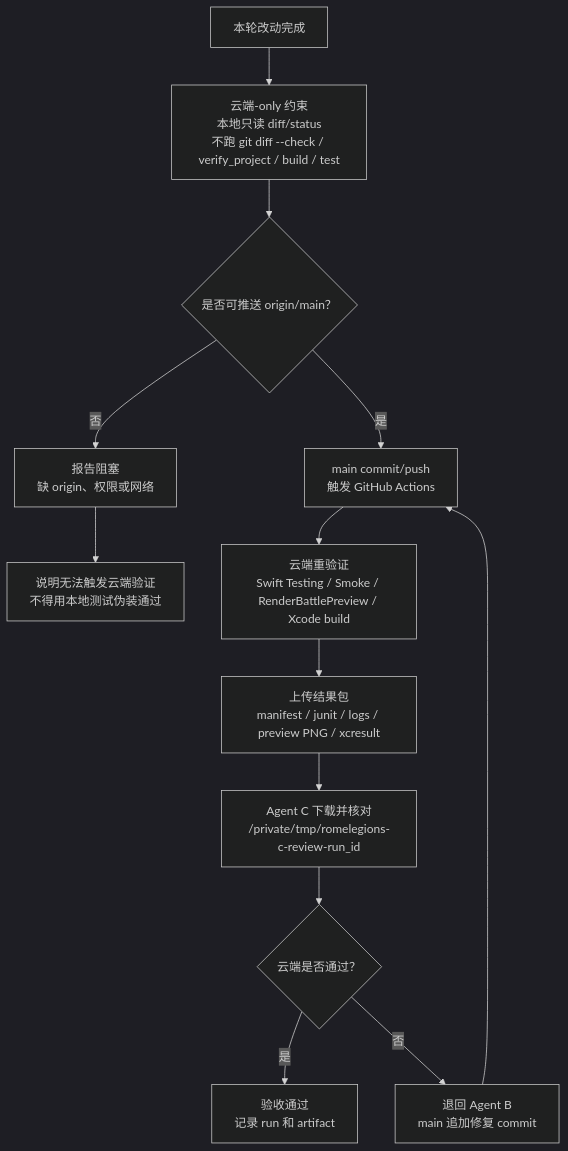
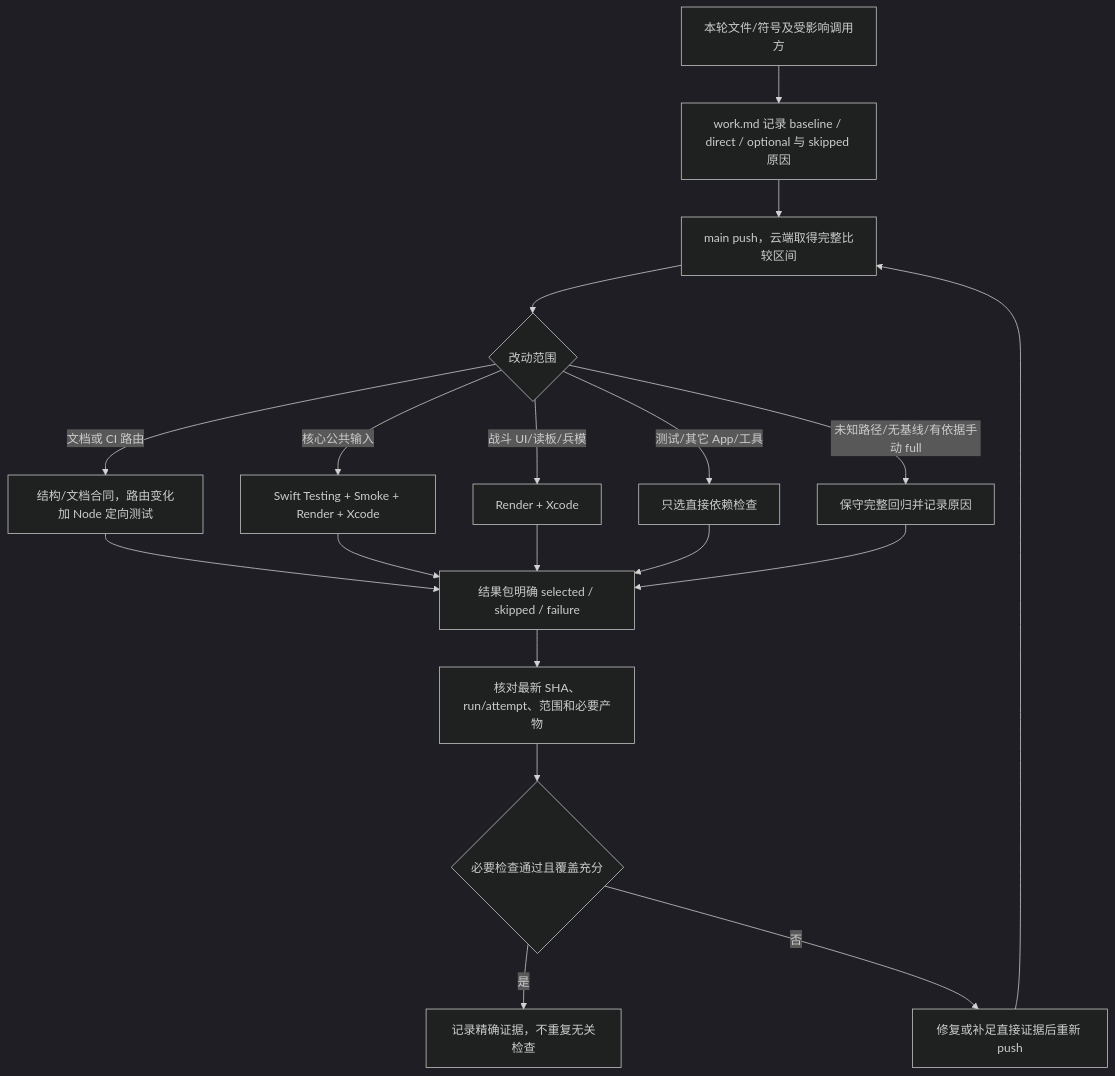
One commit to Altman-sam114/119 changed diagram 18 of 23 in md/flow/flowchart.md. Above: the diagram before and after it, drawn with Mermaid (dark theme). The commit also changed other lines of this file and 11 other files, not shown here.

````diff
--- a/md/flow/flowchart.md
+++ b/md/flow/flowchart.md
@@ -527,15 +525,21 @@
 ```mermaid
 flowchart TD
-    A["本轮改动完成"] --> B["云端-only 约束<br/>本地只读 diff/status<br/>不跑 git diff --check / verify_project / build / test"]
-    B --> F{"是否可推送 origin/main？"}
-    F -->|否| G["报告阻塞<br/>缺 origin、权限或网络"]
-    F -->|是| H["main commit/push<br/>触发 GitHub Actions"]
-    H --> I["云端重验证<br/>Swift Testing / Smoke / RenderBattlePreview / Xcode build"]
-    I --> J["上传结果包<br/>manifest / junit / logs / preview PNG / xcresult"]
-    J --> K["Agent C 下载并核对<br/>/private/tmp/romelegions-c-review-run_id"]
-    K --> L{"云端是否通过？"}
-    L -->|是| M["验收通过<br/>记录 run 和 artifact"]
-    L -->|否| N["退回 Agent B<br/>main 追加修复 commit"]
-    N --> H
-    G --> Q["说明无法触发云端验证<br/>不得用本地测试伪装通过"]
+    A[本轮文件/符号及受影响调用方] --> B[work.md 记录 baseline / direct / optional 与 skipped 原因]
+    B --> C[main push，云端取得完整比较区间]
+    C --> D{改动范围}
+    D -->|文档或 CI 路由| E[结构/文档合同，路由变化加 Node 定向测试]
+    D -->|核心公共输入| F[Swift Testing + Smoke + Render + Xcode]
+    D -->|战斗 UI/读板/兵模| G[Render + Xcode]
+    D -->|测试/其它 App/工具| H[只选直接依赖检查]
+    D -->|未知路径/无基线/有依据手动 full| I[保守完整回归并记录原因]
+    E --> J[结果包明确 selected / skipped / failure]
+    F --> J
+    G --> J
+    H --> J
+    I --> J
+    J --> K[核对最新 SHA、run/attempt、范围和必要产物]
+    K --> L{必要检查通过且覆盖充分}
+    L -->|是| M[记录精确证据，不重复无关检查]
+    L -->|否| N[修复或补足直接证据后重新 push]
+    N --> C
 ```
````
